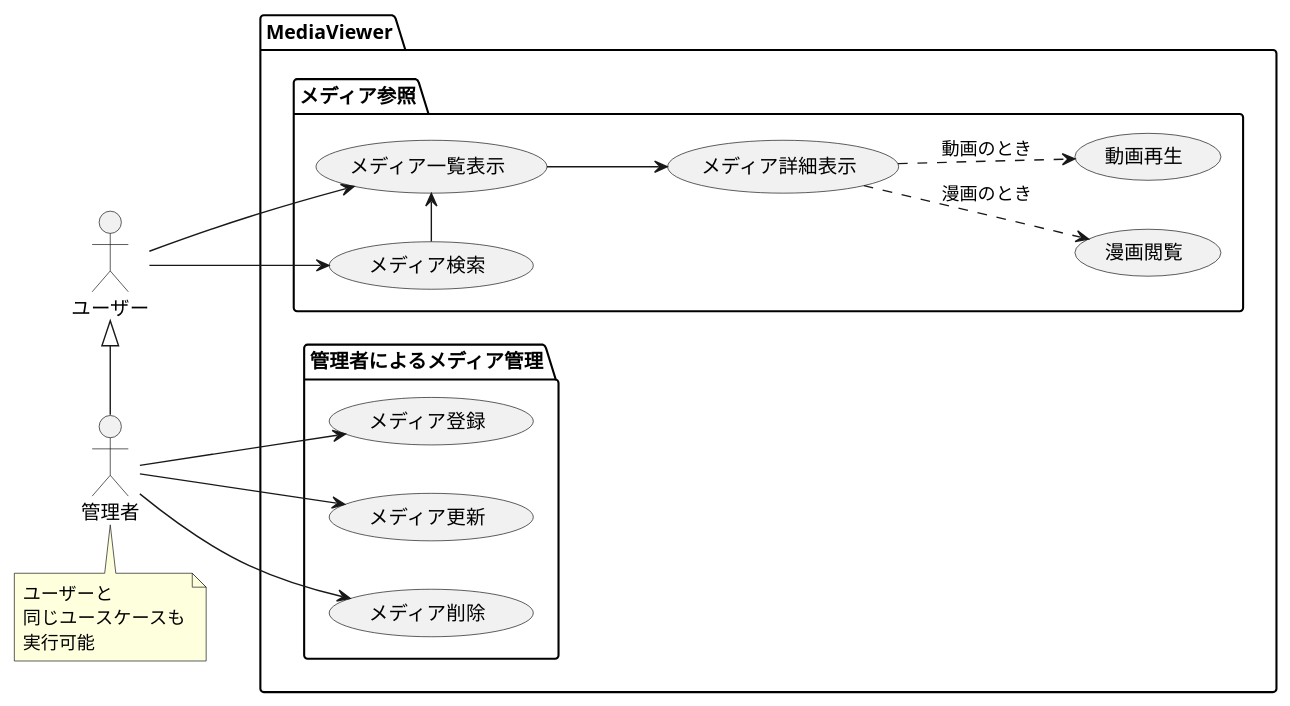
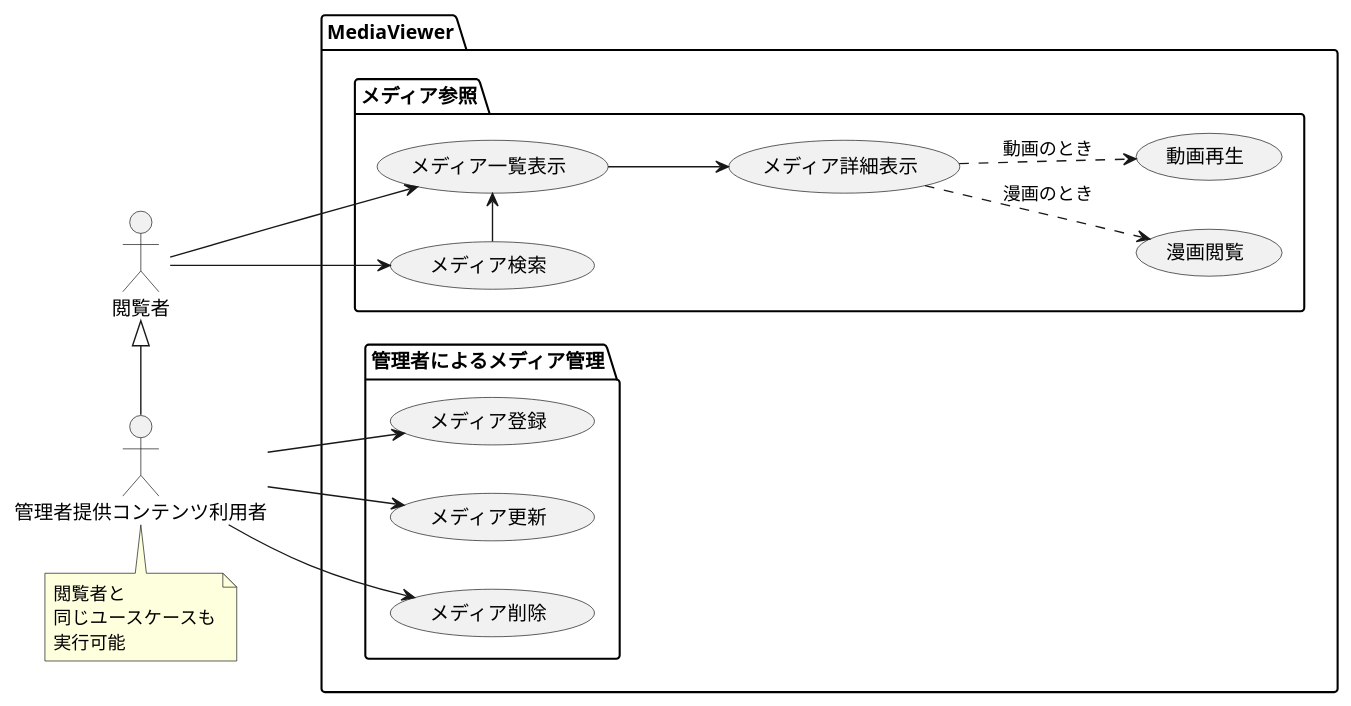
The diagram in doc/3_usecase/media/media.puml (hachimitu22/MangaViewer), drawn with PlantUML before and after one commit. The commit also changed 8 other files, not shown here.

```diff
--- a/doc/3_usecase/media/media.puml
+++ b/doc/3_usecase/media/media.puml
@@ -1,28 +1,28 @@
 @startuml
 left to right direction
-actor "ユーザー" as User
-actor "管理者" as Admin
+actor "閲覧者" as Viewer
+actor "管理者提供コンテンツ利用者" as Manager
 
-note bottom of Admin
-    ユーザーと
+note bottom of Manager
+    閲覧者と
     同じユースケースも
     実行可能
 end note
 
 package "MediaViewer" {
-    User <|- Admin
+    Viewer <|- Manager
     package "メディア参照" {
-        User --> (メディア一覧表示)
-        User --> (メディア検索)
+        Viewer --> (メディア一覧表示)
+        Viewer --> (メディア検索)
         (メディア検索) -> (メディア一覧表示)
         (メディア一覧表示) --> (メディア詳細表示)
         (メディア詳細表示) ..> (漫画閲覧) : 漫画のとき
         (メディア詳細表示) ..> (動画再生) : 動画のとき
     }
     package "管理者によるメディア管理" {
-        Admin --> (メディア登録)
-        Admin --> (メディア更新)
-        Admin --> (メディア削除)
+        Manager --> (メディア登録)
+        Manager --> (メディア更新)
+        Manager --> (メディア削除)
     }
 }
 @enduml
```
